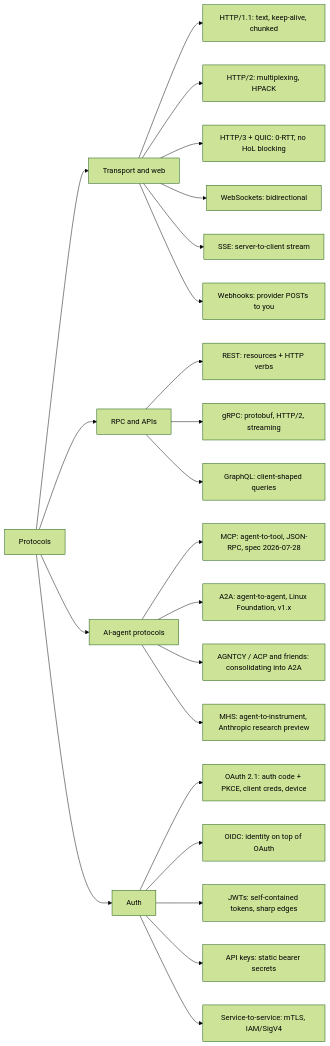
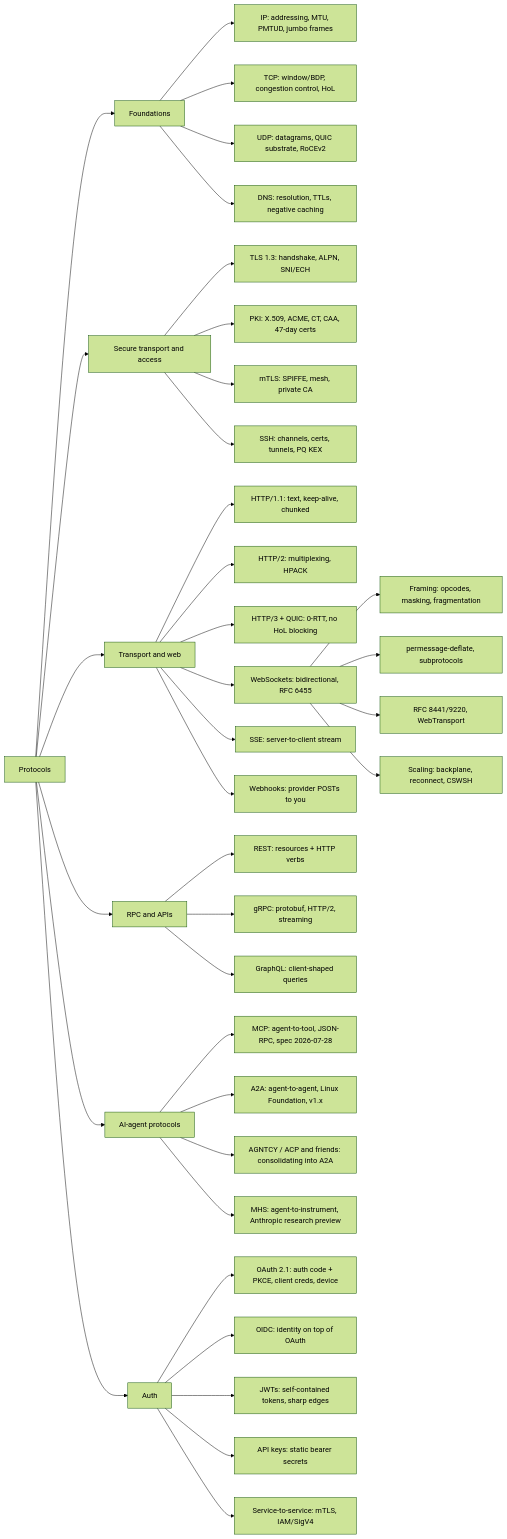
The diagram in topics/protocols/summary.md (khalit7/technical_knowledge_base), drawn with Mermaid (forest theme) before and after one commit. The commit also changed other lines of this file and 236 other files, not shown here.

````diff
--- a/topics/protocols/summary.md
+++ b/topics/protocols/summary.md
@@ -12,30 +14,46 @@
 ```mermaid
 graph LR
     P[Protocols]
+
+    P --> F[Foundations]
+    F --> F1["IP: addressing, MTU, PMTUD, jumbo frames"]
+    F --> F2["TCP: window/BDP, congestion control, HoL"]
+    F --> F3["UDP: datagrams, QUIC substrate, RoCEv2"]
+    F --> F4["DNS: resolution, TTLs, negative caching"]
+
+    P --> X[Secure transport and access]
+    X --> X1["TLS 1.3: handshake, ALPN, SNI/ECH"]
+    X --> X2["PKI: X.509, ACME, CT, CAA, 47-day certs"]
+    X --> X3["mTLS: SPIFFE, mesh, private CA"]
+    X --> X4["SSH: channels, certs, tunnels, PQ KEX"]
 
     P --> T[Transport and web]
     T --> T1["HTTP/1.1: text, keep-alive, chunked"]
     T --> T2["HTTP/2: multiplexing, HPACK"]
     T --> T3["HTTP/3 + QUIC: 0-RTT, no HoL blocking"]
-    T --> T4["WebSockets: bidirectional"]
+    T --> T4["WebSockets: bidirectional, RFC 6455"]
+    T4 --> T4a["Framing: opcodes, masking, fragmentation"]
+    T4 --> T4b["permessage-deflate, subprotocols"]
+    T4 --> T4c["RFC 8441/9220, WebTransport"]
+    T4 --> T4d["Scaling: backplane, reconnect, CSWSH"]
     T --> T5["SSE: server-to-client stream"]
     T --> T6["Webhooks: provider POSTs to you"]
 
     P --> R[RPC and APIs]
     R --> R1["REST: resources + HTTP verbs"]
     R --> R2["gRPC: protobuf, HTTP/2, streaming"]
     R --> R3["GraphQL: client-shaped queries"]
 
     P --> A[AI-agent protocols]
     A --> A1["MCP: agent-to-tool, JSON-RPC, spec 2026-07-28"]
     A --> A2["A2A: agent-to-agent, Linux Foundation, v1.x"]
     A --> A3["AGNTCY / ACP and friends: consolidating into A2A"]
     A --> A4["MHS: agent-to-instrument, Anthropic research preview"]
 
     P --> S[Auth]
     S --> S1["OAuth 2.1: auth code + PKCE, client creds, device"]
     S --> S2["OIDC: identity on top of OAuth"]
     S --> S3["JWTs: self-contained tokens, sharp edges"]
     S --> S4["API keys: static bearer secrets"]
     S --> S5["Service-to-service: mTLS, IAM/SigV4"]
 ```
````
